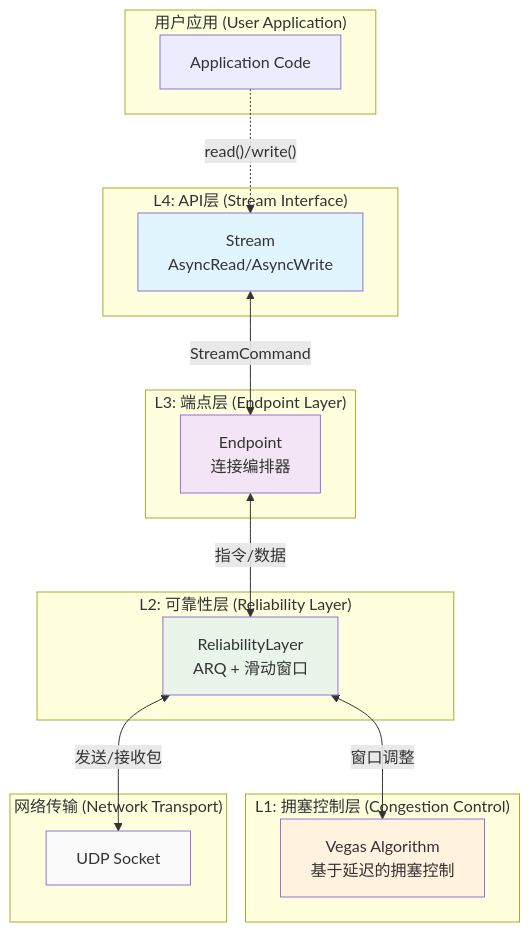
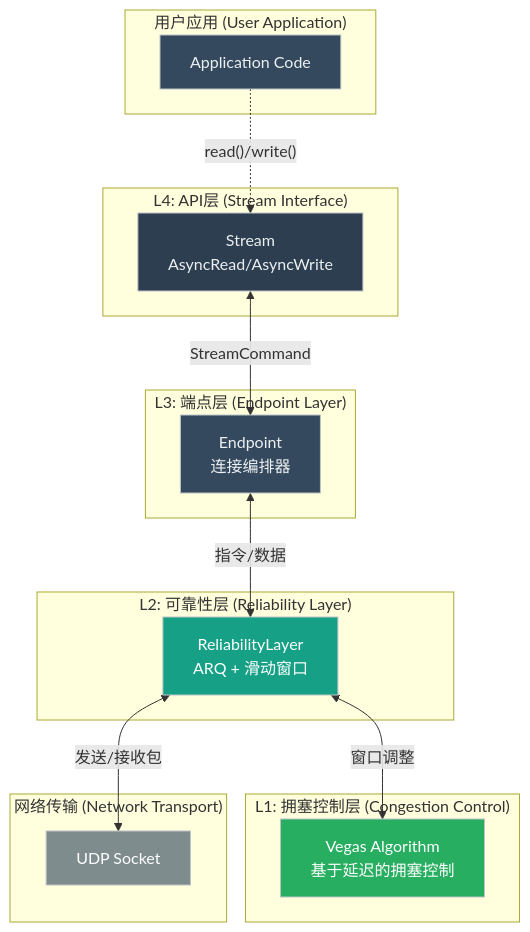
Before and after one commit to ShaoG-R/kestrel-protocol: the first of 2 diagrams in docs/src/features/02-core-protocol/01-protocol-layering.md, drawn with Mermaid. The commit also changed other lines of this file, not shown here.

Commit message:
更新文档，调整架构图中的样式定义以支持深色主题，提升可读性和一致性。

````diff
--- a/docs/src/features/02-core-protocol/01-protocol-layering.md
+++ b/docs/src/features/02-core-protocol/01-protocol-layering.md
@@ -27,52 +27,54 @@
 ```mermaid
 graph TD
     %% 用户应用层
     subgraph "用户应用 (User Application)"
         APP[Application Code]
     end
 
     %% L4: API层
     subgraph "L4: API层 (Stream Interface)"
         STREAM[Stream<br/>AsyncRead/AsyncWrite]
     end
 
     %% L3: 端点层
     subgraph "L3: 端点层 (Endpoint Layer)"
         ENDPOINT[Endpoint<br/>连接编排器]
     end
 
     %% L2: 可靠性层
     subgraph "L2: 可靠性层 (Reliability Layer)"
         RELIABILITY[ReliabilityLayer<br/>ARQ + 滑动窗口]
     end
 
     %% L1: 拥塞控制层
     subgraph "L1: 拥塞控制层 (Congestion Control)"
         VEGAS[Vegas Algorithm<br/>基于延迟的拥塞控制]
     end
 
     %% 网络层
     subgraph "网络传输 (Network Transport)"
         UDP[UDP Socket]
     end
 
     %% 垂直数据流
     APP-. "read()/write()" .->STREAM
     STREAM <-->|StreamCommand| ENDPOINT
     ENDPOINT <-->|指令/数据| RELIABILITY
     RELIABILITY <-->|窗口调整| VEGAS
     RELIABILITY <-->|发送/接收包| UDP
 
-    %% 样式
-    classDef l4 fill:#e1f5fe
-    classDef l3 fill:#f3e5f5
-    classDef l2 fill:#e8f5e8
-    classDef l1 fill:#fff3e0
-    classDef network fill:#fafafa
+    %% 样式定义 (深色主题)
+    classDef l4 fill:#2C3E50,color:#ECF0F1,stroke:#BDC3C7
+    classDef l3 fill:#34495E,color:#ECF0F1,stroke:#BDC3C7
+    classDef l2 fill:#16A085,color:#FFFFFF,stroke:#BDC3C7
+    classDef l1 fill:#27AE60,color:#FFFFFF,stroke:#BDC3C7
+    classDef network fill:#7F8C8D,color:#FFFFFF,stroke:#BDC3C7
+    classDef default fill:#34495E,color:#ECF0F1,stroke:#BDC3C7
 
+    class APP default
     class STREAM l4
     class ENDPOINT l3
     class RELIABILITY l2
     class VEGAS l1
     class UDP network
 ```
````
